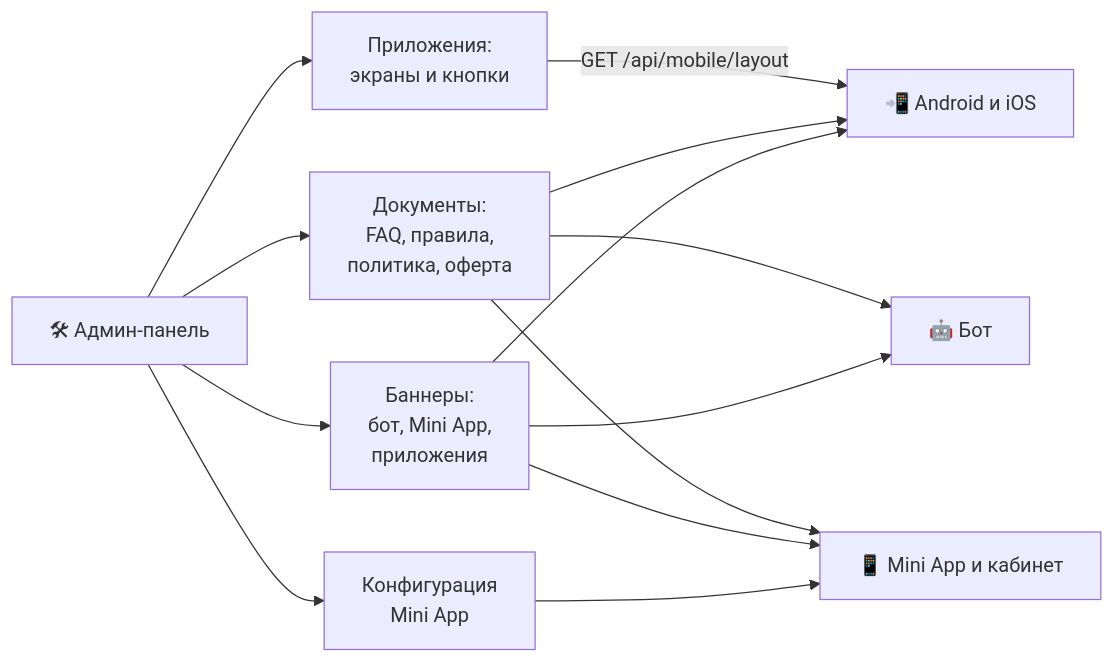
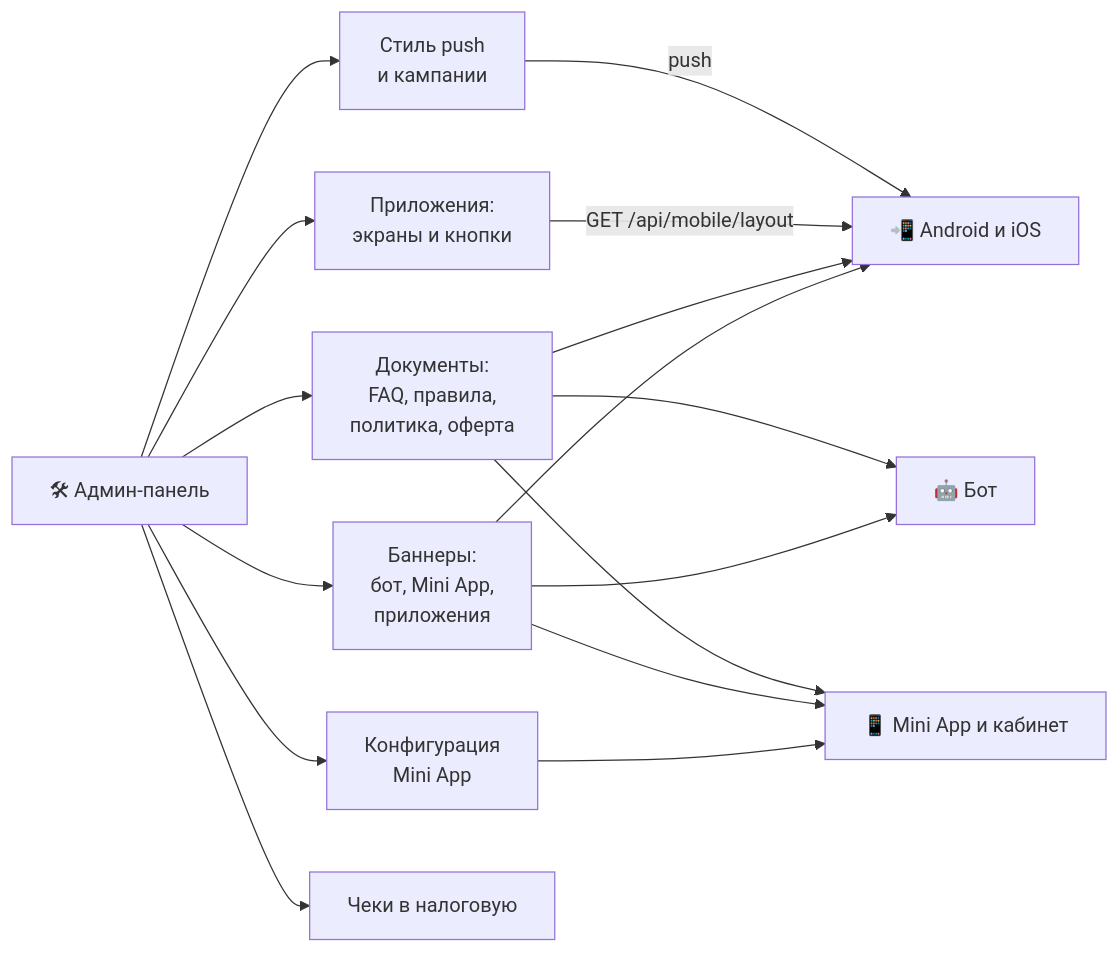
One commit to booarkz-cpu/shop-by-boo changed the first of 3 diagrams in README.md. Above: the diagram before and after it, drawn with Mermaid. The commit also changed other lines of this file and 7 other files, not shown here.

````diff
--- a/README.md
+++ b/README.md
@@ -115,15 +136,18 @@
 ```mermaid
 flowchart LR
     A["🛠 Админ-панель"] --> L["Приложения:<br/>экраны и кнопки"]
     A --> D["Документы:<br/>FAQ, правила,<br/>политика, оферта"]
     A --> B["Баннеры:<br/>бот, Mini App,<br/>приложения"]
     A --> C["Конфигурация<br/>Mini App"]
+    A --> P["Стиль push<br/>и кампании"]
+    A --> F["Чеки в налоговую"]
+    P -->|"push"| APP
     L -->|"GET /api/mobile/layout"| APP["📲 Android и iOS"]
     D --> APP
     D --> BOT["🤖 Бот"]
     D --> MA["📱 Mini App и кабинет"]
     B --> APP
     B --> BOT
     B --> MA
     C --> MA
 ```
````
